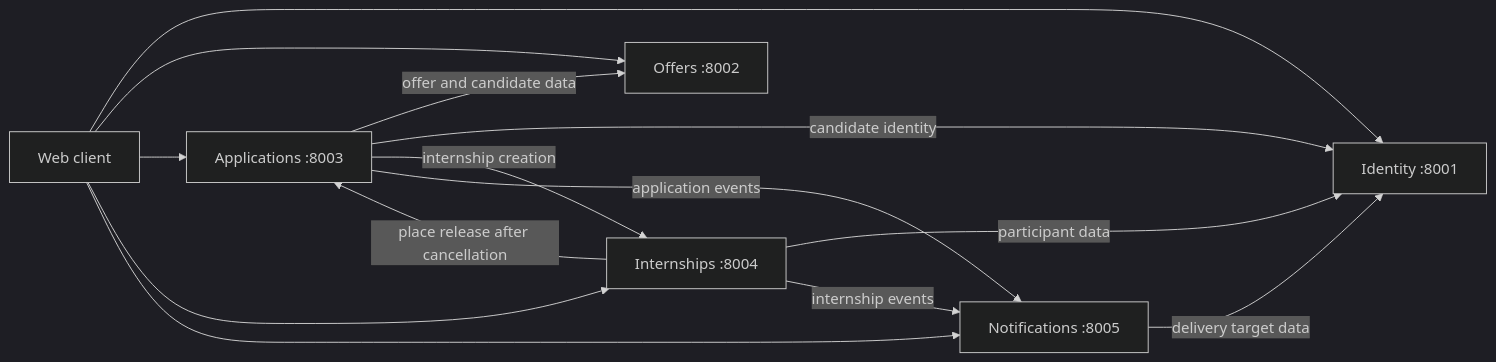
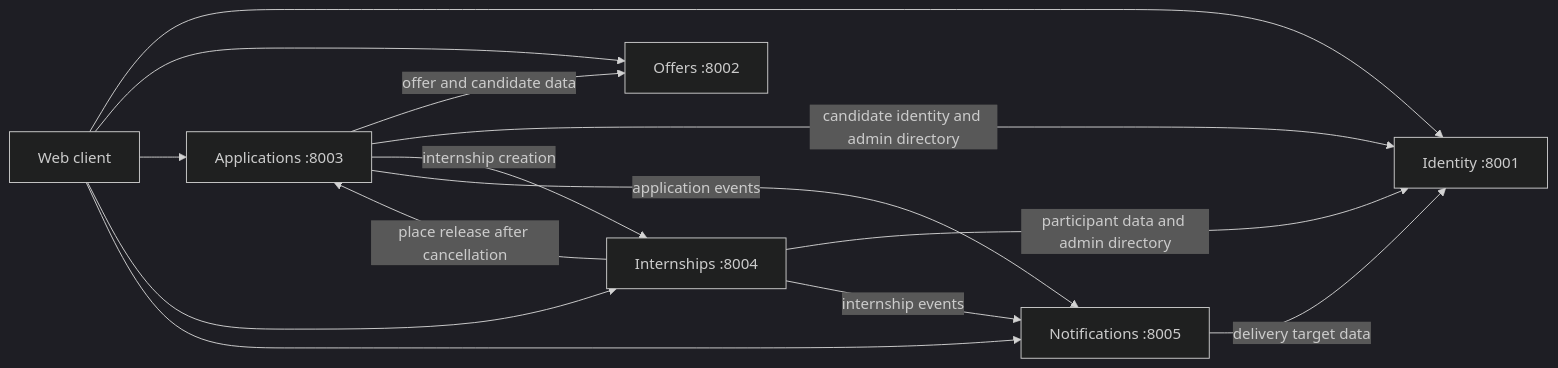
The diagram in docs/architecture.md (MhamedRayan/STAGELINK), drawn with Mermaid (dark theme) before and after one commit. The commit also changed 55 other files, not shown here.

````diff
--- a/docs/architecture.md
+++ b/docs/architecture.md
@@ -9,17 +9,17 @@
 ```mermaid
 flowchart LR
     Browser[Web client] --> Identity[Identity :8001]
     Browser --> Offers[Offers :8002]
     Browser --> Applications[Applications :8003]
     Browser --> Internships[Internships :8004]
     Browser --> Notifications[Notifications :8005]
 
     Applications -->|offer and candidate data| Offers
-    Applications -->|candidate identity| Identity
+    Applications -->|candidate identity and admin directory| Identity
     Applications -->|internship creation| Internships
     Applications -->|application events| Notifications
-    Internships -->|participant data| Identity
+    Internships -->|participant data and admin directory| Identity
     Internships -->|place release after cancellation| Applications
     Internships -->|internship events| Notifications
     Notifications -->|delivery target data| Identity
 ```
````
